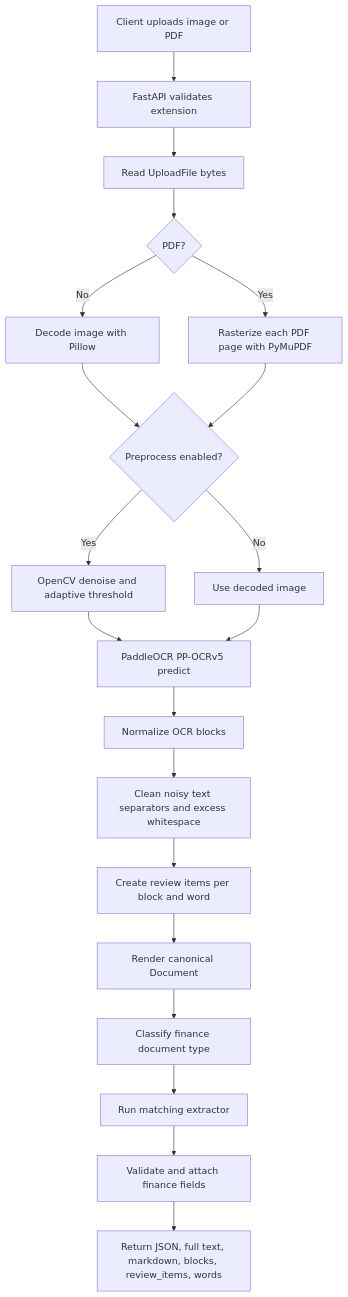
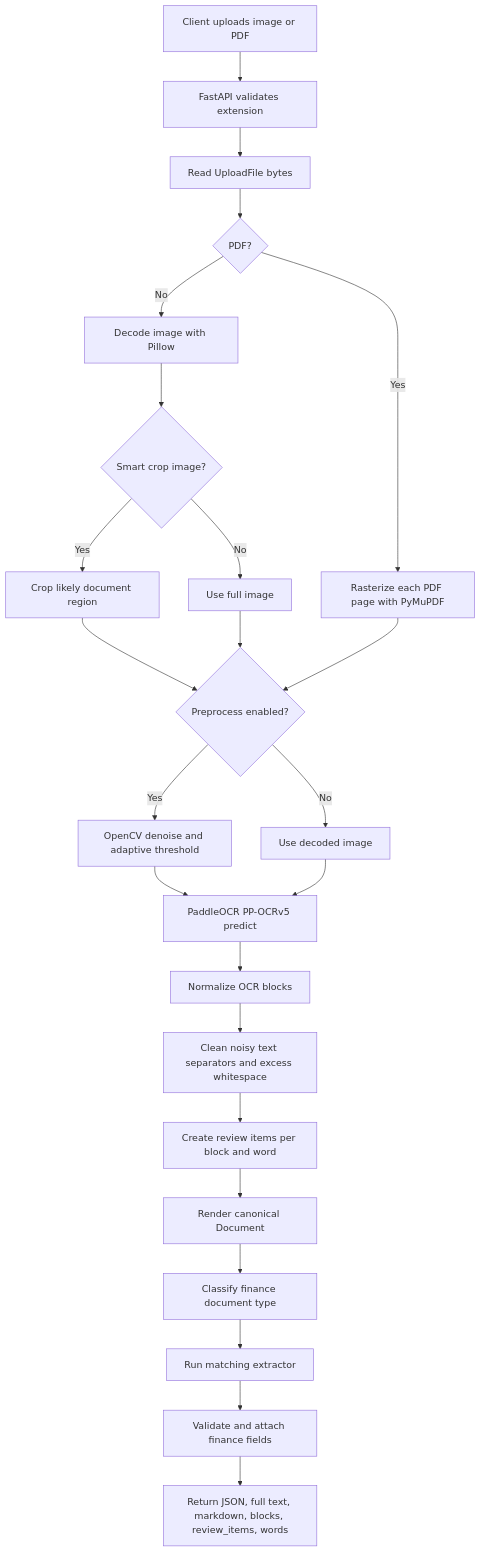
The first of 3 diagrams in docs/flow-system.md (Nanaacaw/vision-extract), drawn with Mermaid before and after one commit. The commit also changed other lines of this file and 9 other files, not shown here.

Commit message:
feat: Add smart crop functionality and batch upload support in OCR processing

````diff
--- a/docs/flow-system.md
+++ b/docs/flow-system.md
@@ -7,22 +7,26 @@
 ```mermaid
 flowchart TD
     A[Client uploads image or PDF] --> B[FastAPI validates extension]
     B --> C[Read UploadFile bytes]
     C --> D{PDF?}
     D -- No --> E[Decode image with Pillow]
     D -- Yes --> F[Rasterize each PDF page with PyMuPDF]
-    E --> G{Preprocess enabled?}
+    E --> S{Smart crop image?}
+    S -- Yes --> T[Crop likely document region]
+    S -- No --> U[Use full image]
+    T --> G{Preprocess enabled?}
+    U --> G
     F --> G
     G -- Yes --> H[OpenCV denoise and adaptive threshold]
     G -- No --> I[Use decoded image]
     H --> J[PaddleOCR PP-OCRv5 predict]
     I --> J
     J --> K[Normalize OCR blocks]
     K --> L[Clean noisy text separators and excess whitespace]
     L --> M[Create review items per block and word]
     M --> N[Render canonical Document]
     N --> O[Classify finance document type]
     O --> P[Run matching extractor]
     P --> Q[Validate and attach finance fields]
     Q --> R[Return JSON, full text, markdown, blocks, review_items, words]
 ```
````
